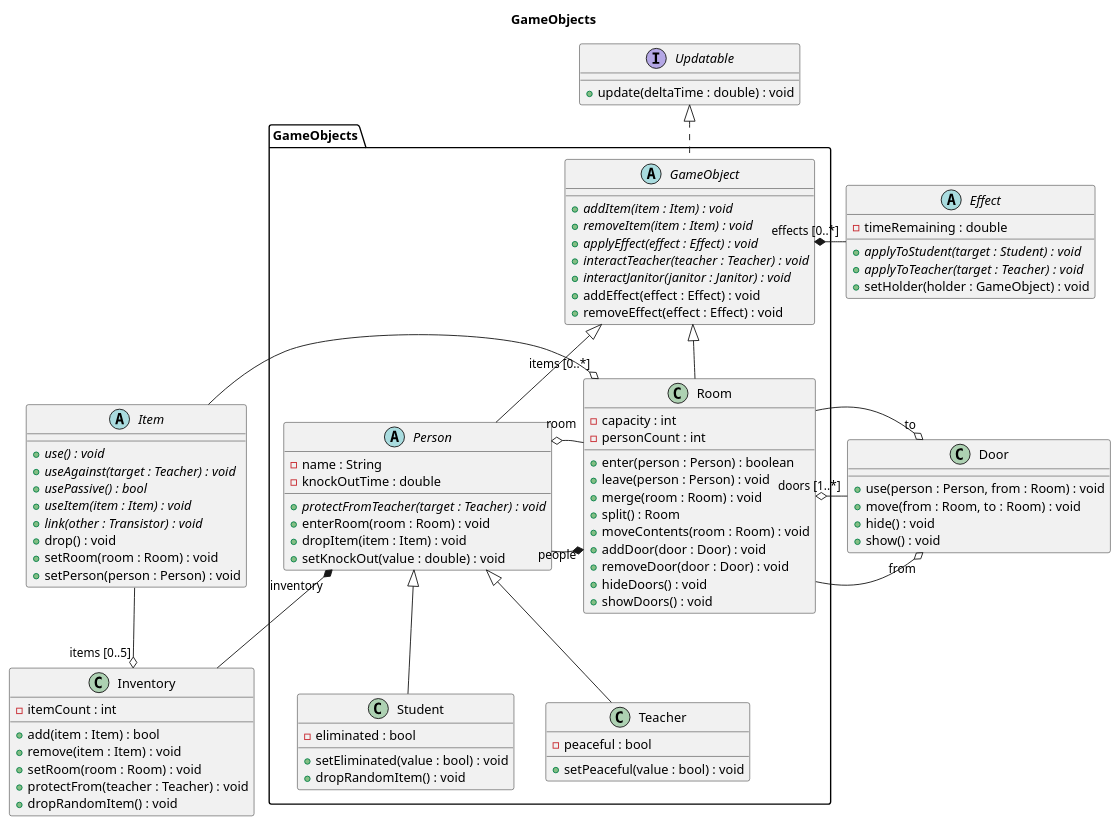
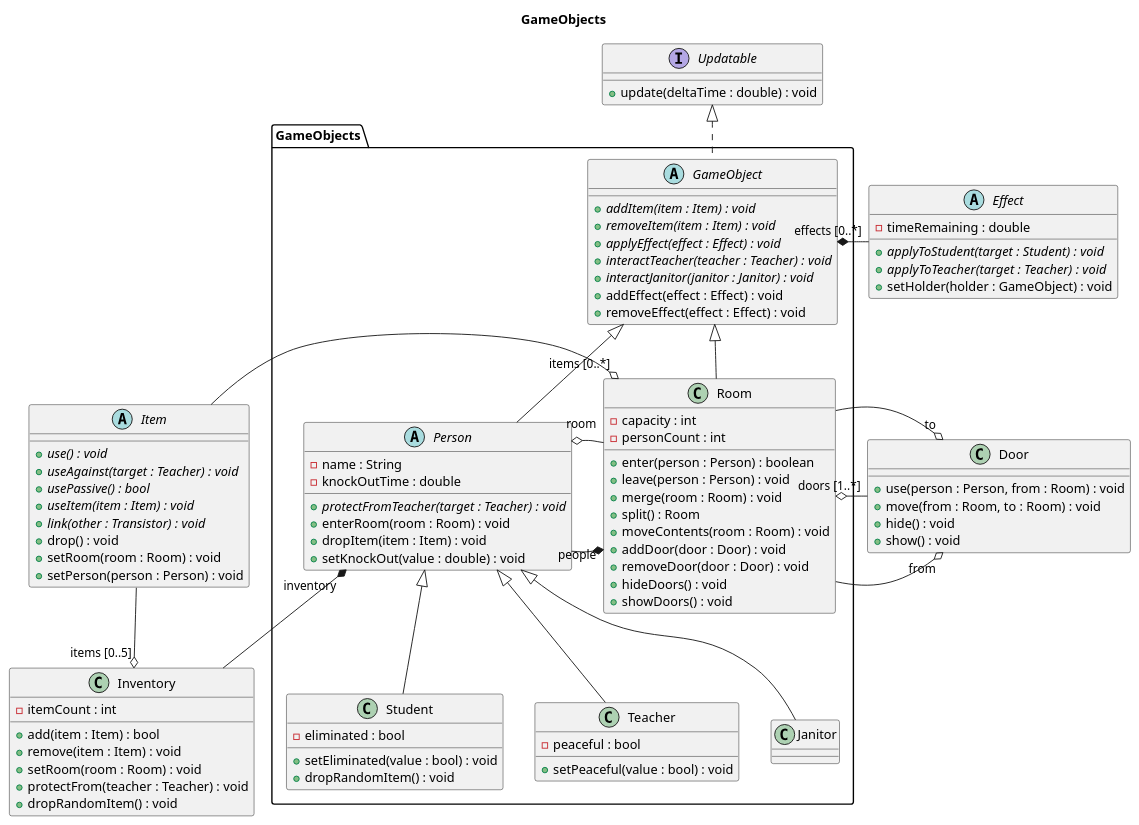
Before and after one commit to sn4k3ch4rm3r/logarlec: the diagram in docs/diagrams/class/game-objects.puml, drawn with PlantUML. The commit also changed 2 other files, not shown here.

Commit message:
Class diagram update

```diff
--- a/docs/diagrams/class/game-objects.puml
+++ b/docs/diagrams/class/game-objects.puml
@@ -1,106 +1,109 @@
 @startuml game-objects
 
 title GameObjects
 
 package GameObjects {
 	abstract GameObject {
 		+ {abstract} addItem(item : Item) : void
 		+ {abstract} removeItem(item : Item) : void
 		+ {abstract} applyEffect(effect : Effect) : void
 		+ {abstract} interactTeacher(teacher : Teacher) : void
 		+ {abstract} interactJanitor(janitor : Janitor) : void
 		+ addEffect(effect : Effect) : void
 		+ removeEffect(effect : Effect) : void
 	}
 
 	abstract Person {
 		- name : String
 		- knockOutTime : double
 		+ {abstract} protectFromTeacher(target : Teacher) : void
 		+ enterRoom(room : Room) : void
 		+ dropItem(item : Item) : void
 		+ setKnockOut(value : double) : void
 	}
 
 	class Student {
 		- eliminated : bool
 		+ setEliminated(value : bool) : void
 		+ dropRandomItem() : void
 	}
 	class Teacher {
 		- peaceful : bool
 		+ setPeaceful(value : bool) : void
 	}
+
+	class Janitor
 
 	class Room {
 		- capacity : int
 		- personCount : int
 		+ enter(person : Person) : boolean
 		+ leave(person : Person) : void
 		+ merge(room : Room) : void
 		+ split() : Room
 		+ moveContents(room : Room) : void
 		+ addDoor(door : Door) : void
 		+ removeDoor(door : Door) : void 
 		+ hideDoors() : void
 		+ showDoors() : void
 	}
 	
 }
 
 interface Updatable {
 	+ update(deltaTime : double) : void
 }
 
 class Door {
 	+ use(person : Person, from : Room) : void
 	+ move(from : Room, to : Room) : void
 	+ hide() : void
 	+ show() : void
 }
 
 class Inventory {
 	- itemCount : int
 	+ add(item : Item) : bool
 	+ remove(item : Item) : void
 	+ setRoom(room : Room) : void
 	+ protectFrom(teacher : Teacher) : void
 	+ dropRandomItem() : void
 }
 
 abstract Effect {
 	- timeRemaining : double
 	+ {abstract} applyToStudent(target : Student) : void
 	+ {abstract} applyToTeacher(target : Teacher) : void
 	+ setHolder(holder : GameObject) : void
 }
 
 abstract Item {
 	+ {abstract} use() : void
 	+ {abstract} useAgainst(target : Teacher) : void
 	+ {abstract} usePassive() : bool
 	+ {abstract} useItem(item : Item) : void
 	+ {abstract} link(other : Transistor) : void
 	+ drop() : void
 	+ setRoom(room : Room) : void
 	+ setPerson(person : Person) : void	
 }
 
 Updatable <|.- GameObject
 GameObject <|-- Person
 GameObject <|-- Room
 Person <|-- Teacher
 Person <|-- Student
+Person <|-- Janitor
 
 Room "people" *-left- Person
 Person "room" o-right- Room
 Room "doors [1..*]" o-- Door
 Person "inventory" *-- Inventory
 Room "items [0..*]" o- Item
 GameObject "effects [0..*]" *-left- Effect
 
 Door "from" o- Room
 Door "to" o- Room
 Inventory "items [0..5]" o-up- Item
 
 @enduml
```
